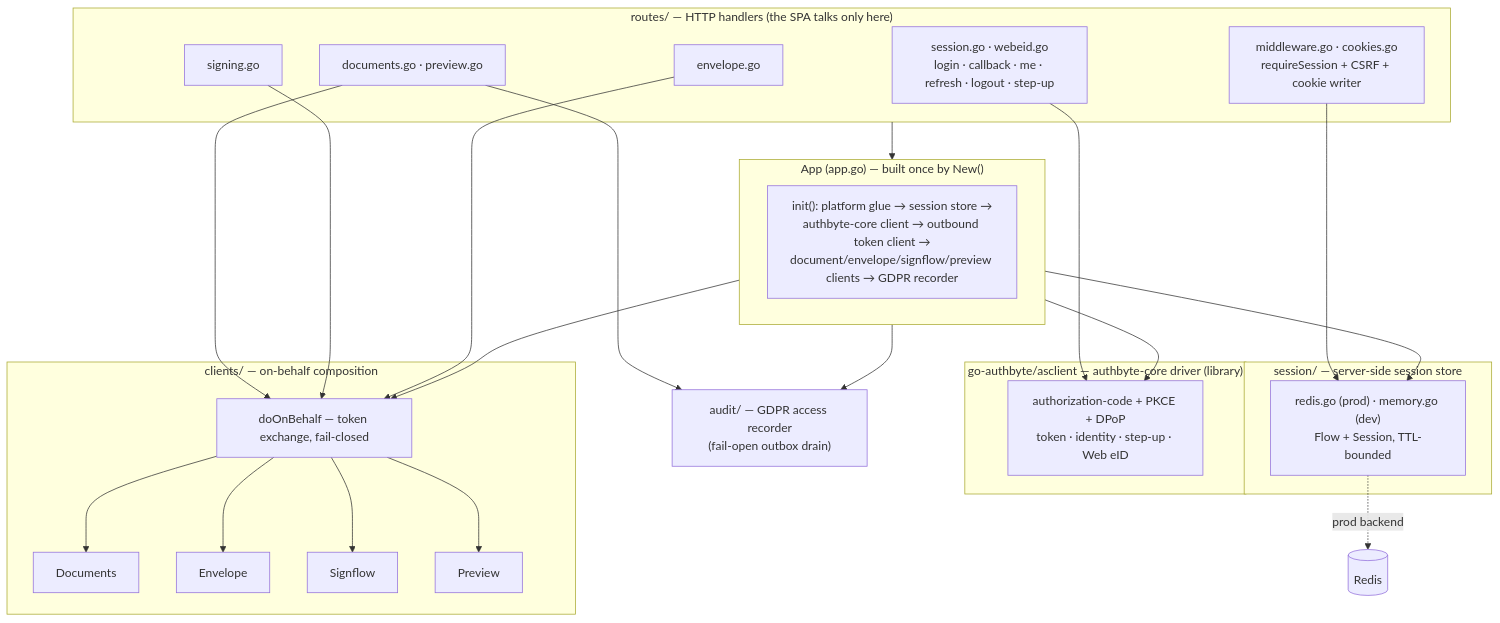
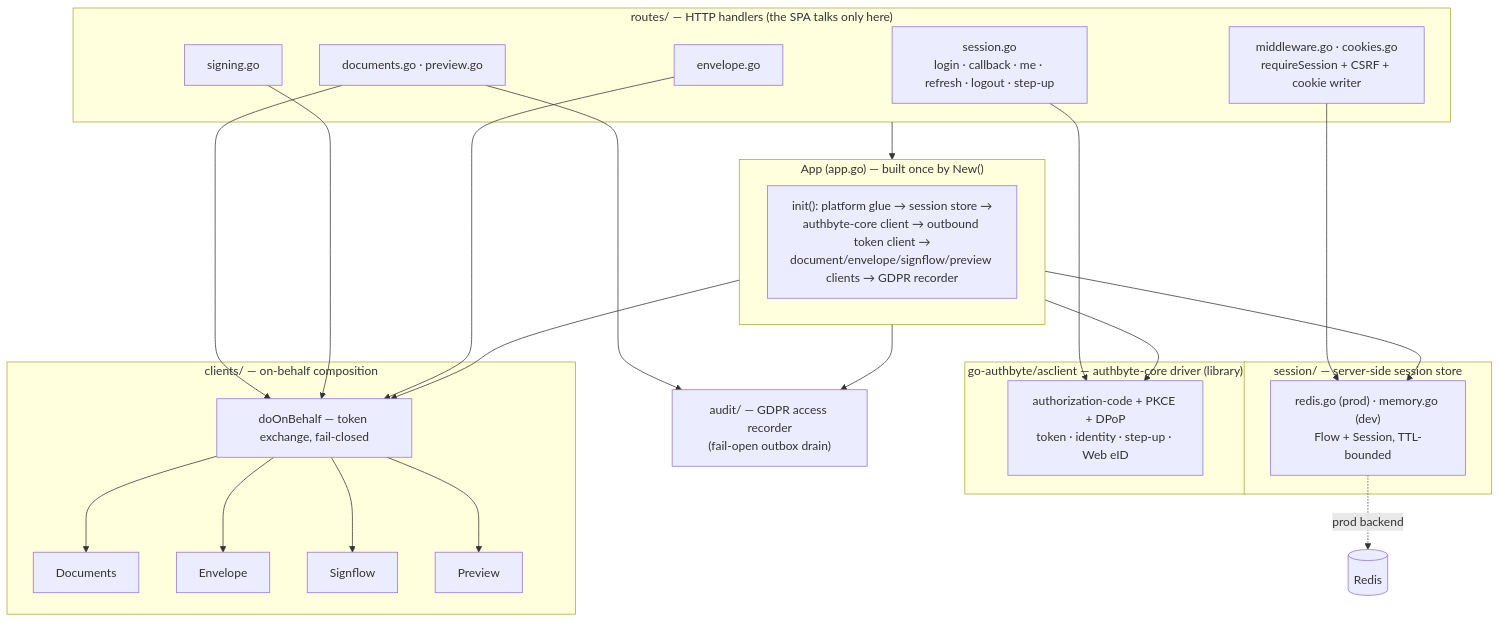
One commit to signbyte/signbyte-bff changed the second of 3 diagrams in README.md. Above: the diagram before and after it, drawn with Mermaid. The commit also changed other lines of this file and 14 other files, not shown here.

````diff
--- a/README.md
+++ b/README.md
@@ -109,39 +107,39 @@
 ```mermaid
 flowchart TB
     subgraph App["App (app.go) — built once by New()"]
         Init["init(): platform glue → session store →<br/>authbyte-core client → outbound token client →<br/>document/envelope/signflow/preview clients → GDPR recorder"]
     end
 
     subgraph Routes["routes/ — HTTP handlers (the SPA talks only here)"]
-        SESS["session.go · webeid.go<br/>login · callback · me · refresh · logout · step-up"]
+        SESS["session.go<br/>login · callback · me · refresh · logout · step-up"]
         DOCS["documents.go · preview.go"]
         SIGN["signing.go"]
         ENVL["envelope.go"]
         MW["middleware.go · cookies.go<br/>requireSession + CSRF + cookie writer"]
     end
 
     subgraph Session["session/ — server-side session store"]
         REDIS["redis.go (prod) · memory.go (dev)<br/>Flow + Session, TTL-bounded"]
     end
 
     subgraph AS["go-authbyte/asclient — authbyte-core driver (library)"]
         DPOP["authorization-code + PKCE + DPoP<br/>token · identity · step-up · Web eID"]
     end
 
     subgraph Clients["clients/ — on-behalf composition"]
         OBO["doOnBehalf — token exchange, fail-closed"]
         C1["Documents"]; C2["Envelope"]; C3["Signflow"]; C4["Preview"]
     end
 
     AUDIT["audit/ — GDPR access recorder<br/>(fail-open outbox drain)"]
     RDS[(Redis)]
 
     Routes --> App
     MW --> REDIS
     SESS --> DPOP
     DOCS & SIGN & ENVL --> OBO
     OBO --> C1 & C2 & C3 & C4
     DOCS --> AUDIT
     App --> REDIS & DPOP & OBO & AUDIT
     REDIS -. "prod backend" .-> RDS
 ```
````
